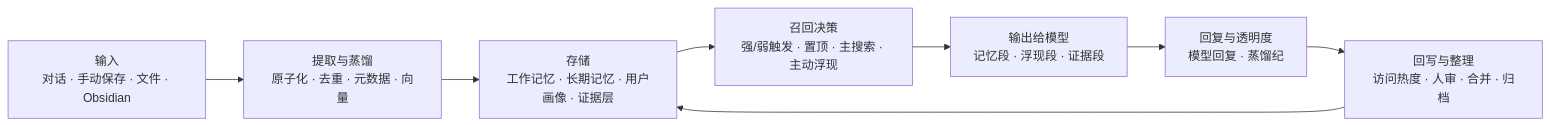
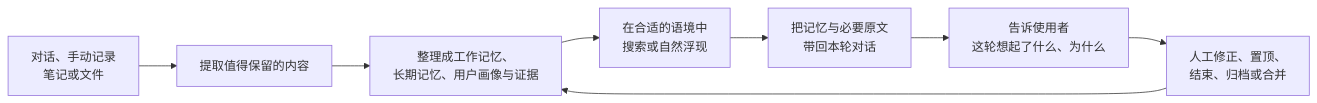
The diagram in README.md (TAra93-1/AZOTH_mem), drawn with Mermaid before and after one commit. The commit also changed other lines of this file and 2 other files, not shown here.

````diff
--- a/README.md
+++ b/README.md
@@ -30,10 +80,10 @@
 ```mermaid
 flowchart LR
-    A["输入<br/>对话 · 手动保存 · 文件 · Obsidian"] --> B["提取与蒸馏<br/>原子化 · 去重 · 元数据 · 向量"]
-    B --> C["存储<br/>工作记忆 · 长期记忆 · 用户画像 · 证据层"]
-    C --> D["召回决策<br/>强/弱触发 · 置顶 · 主搜索 · 主动浮现"]
-    D --> E["输出给模型<br/>记忆段 · 浮现段 · 证据段"]
-    E --> F["回复与透明度<br/>模型回复 · 蒸馏纪"]
-    F --> G["回写与整理<br/>访问热度 · 人审 · 合并 · 归档"]
+    A["对话、手动记录<br/>笔记或文件"] --> B["提取值得保留的内容"]
+    B --> C["整理成工作记忆、<br/>长期记忆、用户画像与证据"]
+    C --> D["在合适的语境中<br/>搜索或自然浮现"]
+    D --> E["把记忆与必要原文<br/>带回本轮对话"]
+    E --> F["告诉使用者<br/>这轮想起了什么、为什么"]
+    F --> G["人工修正、置顶、<br/>结束、归档或合并"]
     G --> C
 ```
````
